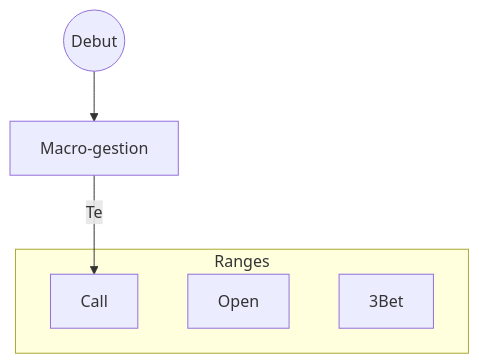
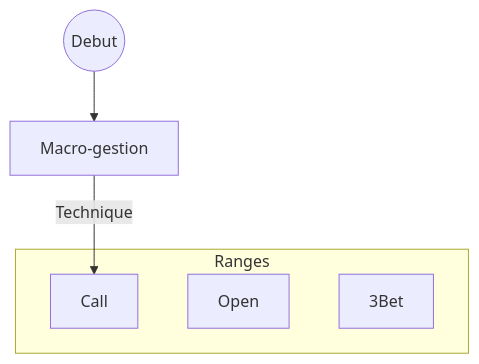
The diagram in _posts/2018-09-02-start-exemple.md (ilovepkr/beautiful-jekyll), drawn with Mermaid before and after one commit. The commit also changed other lines of this file, not shown here.

````diff
--- a/_posts/2018-09-02-start-exemple.md
+++ b/_posts/2018-09-02-start-exemple.md
@@ -8,10 +8,10 @@
 ```mermaid
 graph TB
 A((Debut)) --> M[Macro-gestion]
-M -- Te --> Call
+M -- Technique --> Call
 subgraph Ranges
 Open
 Call
 3Bet
 end
 ```
````
